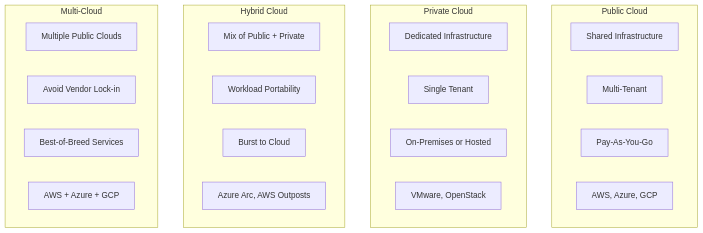
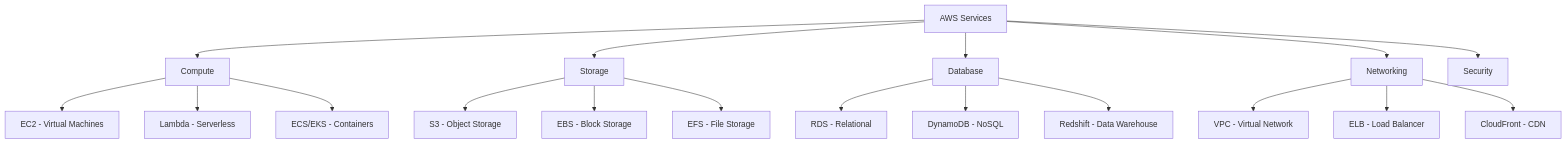
The sixth of 11 diagrams in src/cloud/overview.md (vanos001/placement_prep), drawn with Mermaid before and after one commit. The commit also changed other lines of this file and 12 other files, not shown here.

Commit message:
Storage + Concurrency complete, SUMMARY.md updated with roadmap.sh topics

````diff
--- a/src/cloud/overview.md
+++ b/src/cloud/overview.md
@@ -126,30 +134,24 @@
 ```mermaid
-graph TB
-    subgraph "Public Cloud"
-        PC1[Shared Infrastructure]
-        PC2[Multi-Tenant]
-        PC3[Pay-As-You-Go]
-        PC4[AWS, Azure, GCP]
-    end
+graph TD
+    AWS[AWS Services] --> COMPUTE[Compute]
+    AWS --> STORAGE[Storage]
+    AWS --> DATABASE[Database]
+    AWS --> NETWORK[Networking]
+    AWS --> SECURITY[Security]
 
-    subgraph "Private Cloud"
-        PV1[Dedicated Infrastructure]
-        PV2[Single Tenant]
-        PV3[On-Premises or Hosted]
-        PV4[VMware, OpenStack]
-    end
+    COMPUTE --> EC2[EC2 - Virtual Machines]
+    COMPUTE --> LAMBDA[Lambda - Serverless]
+    COMPUTE --> ECS[ECS/EKS - Containers]
 
-    subgraph "Hybrid Cloud"
-        HC1[Mix of Public + Private]
-        HC2[Workload Portability]
-        HC3[Burst to Cloud]
-        HC4[Azure Arc, AWS Outposts]
-    end
+    STORAGE --> S3[S3 - Object Storage]
+    STORAGE --> EBS[EBS - Block Storage]
+    STORAGE --> EFS[EFS - File Storage]
 
-    subgraph "Multi-Cloud"
-        MC1[Multiple Public Clouds]
-        MC2[Avoid Vendor Lock-in]
-        MC3[Best-of-Breed Services]
-        MC4[AWS + Azure + GCP]
-    end
+    DATABASE --> RDS[RDS - Relational]
+    DATABASE --> DYNAMO[DynamoDB - NoSQL]
+    DATABASE --> REDSHIFT[Redshift - Data Warehouse]
+
+    NETWORK --> VPC[VPC - Virtual Network]
+    NETWORK --> ELB[ELB - Load Balancer]
+    NETWORK --> CF[CloudFront - CDN]
 ```
````
